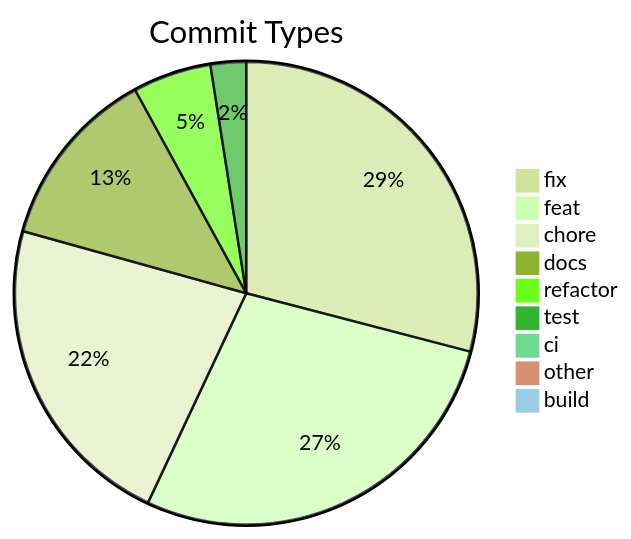
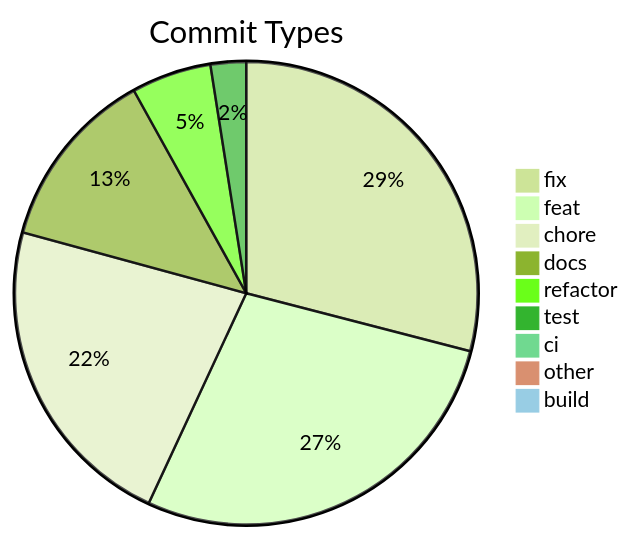
The diagram in .shipwright/compliance/change-history.md (svenroth-ai/shipwright), drawn with Mermaid (forest theme) before and after one commit. The commit also changed other lines of this file and 34 other files, not shown here.

````diff
--- a/.shipwright/compliance/change-history.md
+++ b/.shipwright/compliance/change-history.md
@@ -8,12 +8,12 @@
 ```mermaid
 pie title Commit Types
     "fix" : 281
     "feat" : 270
     "chore" : 216
     "docs" : 123
-    "refactor" : 53
+    "refactor" : 54
     "test" : 24
     "ci" : 7
     "other" : 7
     "build" : 1
 ```
````
